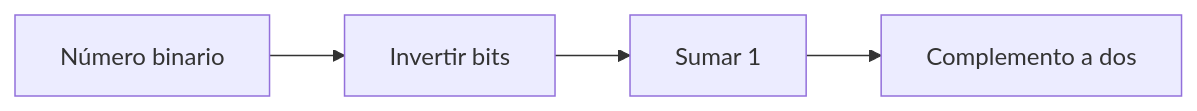
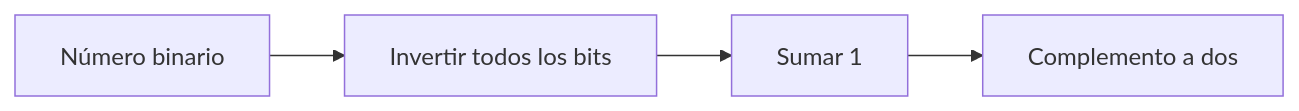
One commit to roblezsdier02-alt/cuaderno-sintesis-unidad1 changed the second of 6 diagrams in semana-1/README.md. Above: the diagram before and after it, drawn with Mermaid. The commit also changed other lines of this file, not shown here.

````diff
--- a/semana-1/README.md
+++ b/semana-1/README.md
@@ -410,6 +557,6 @@
 ```mermaid
 flowchart LR
-    A["Número binario"] --> B["Invertir bits"]
+    A["Número binario"] --> B["Invertir todos los bits"]
     B --> C["Sumar 1"]
     C --> D["Complemento a dos"]
 ```
````
